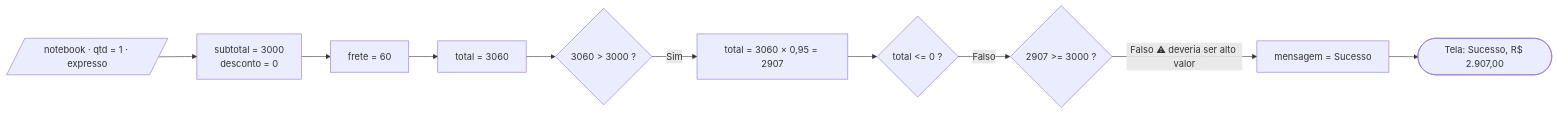
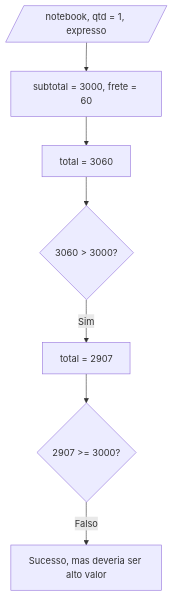
One commit to italomtlindo/caixa_branca changed the seventh of 7 diagrams in README.md. Above: the diagram before and after it, drawn with Mermaid. The commit also changed other lines of this file, not shown here.

````diff
--- a/README.md
+++ b/README.md
@@ -538,12 +483,9 @@
 ```mermaid
-flowchart LR
-    A[/notebook · qtd = 1 · expresso/] --> B["subtotal = 3000<br/>desconto = 0"]
-    B --> C["frete = 60"]
-    C --> D["total = 3060"]
-    D --> E{"3060 > 3000 ?"}
-    E -- Sim --> F["total = 3060 × 0,95 = 2907"]
-    F --> G{"total <= 0 ?"}
-    G -- Falso --> H{"2907 >= 3000 ?"}
-    H -- "Falso ⚠ deveria ser alto valor" --> I["mensagem = Sucesso"]
-    I --> J([Tela: Sucesso, R$ 2.907,00])
+flowchart TD
+    A[/notebook, qtd = 1, expresso/] --> B[subtotal = 3000, frete = 60]
+    B --> C[total = 3060]
+    C --> D{3060 > 3000?}
+    D -- Sim --> E[total = 2907]
+    E --> F{2907 >= 3000?}
+    F -- Falso --> G[Sucesso, mas deveria ser alto valor]
 ```
````
